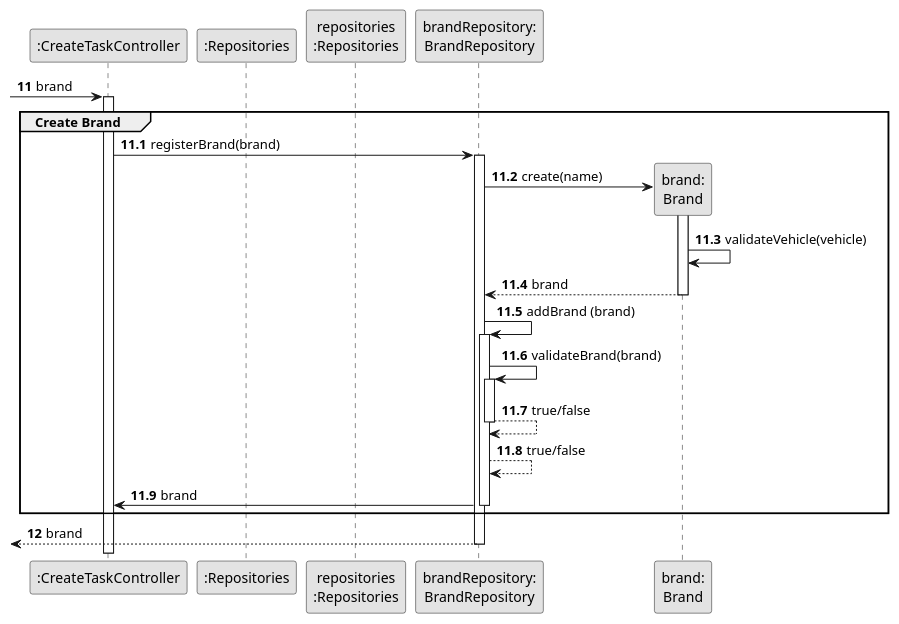
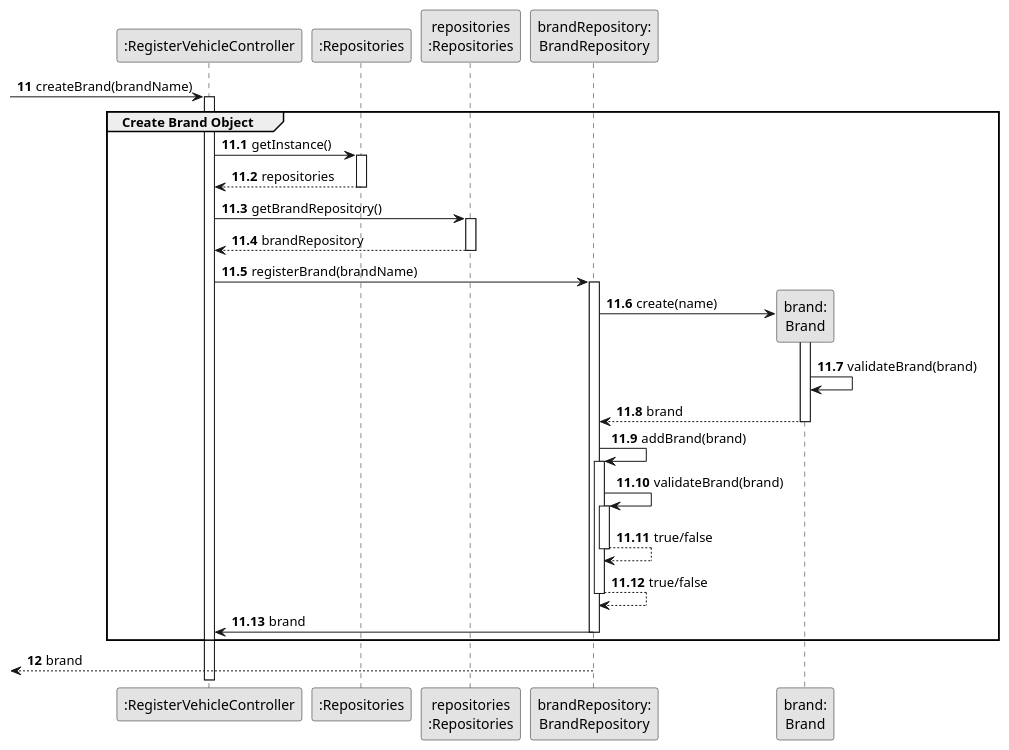
One commit to Departamento-de-Engenharia-Informatica/lei-24-s2-1db-g022 changed the diagram in docs/sprint2/us06/03.design/puml/us06-sequence-diagram-partial-create-brand.puml. Above: the diagram before and after it, drawn with PlantUML. The commit also changed 25 other files, not shown here.

```diff
--- a/docs/sprint2/us06/03.design/puml/us06-sequence-diagram-partial-create-brand.puml
+++ b/docs/sprint2/us06/03.design/puml/us06-sequence-diagram-partial-create-brand.puml
@@ -1,51 +1,64 @@
 @startuml
 skinparam monochrome true
 skinparam packageStyle rectangle
 skinparam shadowing false
 
-participant ":CreateTaskController" as CTRL
+participant ":RegisterVehicleController" as CTRL
 participant ":Repositories" as RepositorySingleton
 participant "repositories\n:Repositories" as PLAT
 participant "brandRepository:\nBrandRepository" as BR
 participant "brand:\nBrand" as Brand
 
 autonumber 11
--> CTRL: brand
+-> CTRL: createBrand(brandName)
 
 autonumber 11.1
 activate CTRL
-    group Create Brand
+    group Create Brand Object
 
-        CTRL -> BR : registerBrand(brand)
+    CTRL -> RepositorySingleton : getInstance()
+            activate RepositorySingleton
+
+                RepositorySingleton --> CTRL: repositories
+            deactivate RepositorySingleton
+
+            CTRL -> PLAT : getBrandRepository()
+            activate PLAT
+
+                PLAT --> CTRL : brandRepository
+            deactivate PLAT
+
+        CTRL -> BR : registerBrand(brandName)
 
         activate BR
 
             BR -> Brand**: create(name)
 
             activate Brand
 
-                Brand -> Brand: validateVehicle(vehicle)
+                Brand -> Brand: validateBrand(brand)
                 Brand --> BR : brand
 
             deactivate Brand
 
-        BR -> BR: addBrand (brand)
+        BR -> BR: addBrand(brand)
 
         activate BR
             BR -> BR: validateBrand(brand)
             activate BR
                 BR --> BR : true/false
             deactivate BR
 
             BR --> BR : true/false
+        deactivate BR
 
             BR -> CTRL : brand
         deactivate BR
     end
 
     autonumber 12
     <-- BR : brand
 deactivate BR
 
 
 @enduml
```
